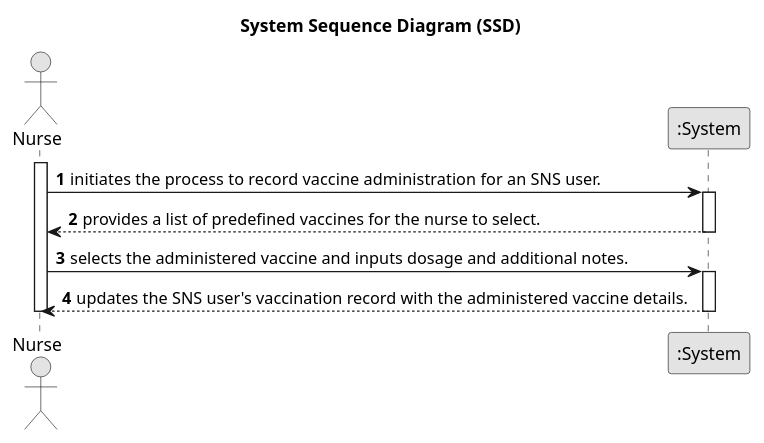
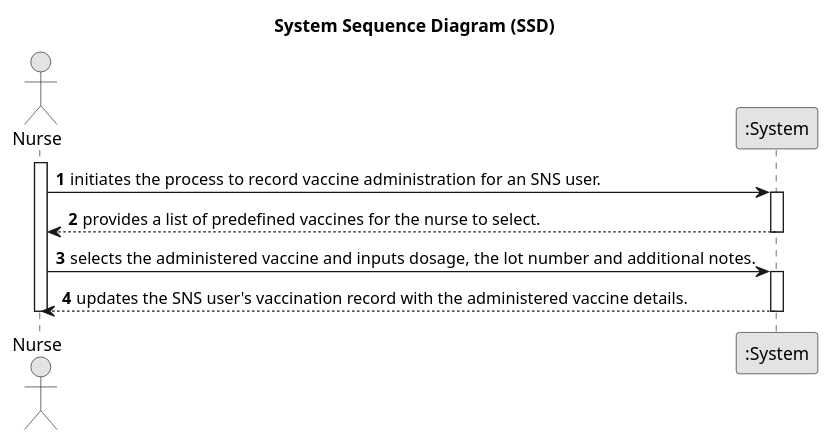
The diagram in sns-base/doc/global/user-story/puml/US041-SSD.puml (rafaafig/SnsTrab), drawn with PlantUML before and after one commit. The commit also changed 3 other files, not shown here.

```diff
--- a/sns-base/doc/global/user-story/puml/US041-SSD.puml
+++ b/sns-base/doc/global/user-story/puml/US041-SSD.puml
@@ -1,26 +1,26 @@
 @startuml
 skinparam monochrome true
 skinparam packageStyle rectangle
 skinparam shadowing false
 
 title System Sequence Diagram (SSD)
 
 autonumber
 
 actor Nurse
 participant ":System" as System
 
 activate Nurse
     Nurse -> System : initiates the process to record vaccine administration for an SNS user.
 
 activate System
     System --> Nurse : provides a list of predefined vaccines for the nurse to select.
     deactivate System
 
-    Nurse -> System : selects the administered vaccine and inputs dosage and additional notes.
+    Nurse -> System : selects the administered vaccine and inputs dosage, the lot number  and additional notes.
 activate System
     System --> Nurse : updates the SNS user's vaccination record with the administered vaccine details.
 deactivate System
 deactivate Nurse
 
 @enduml
```
